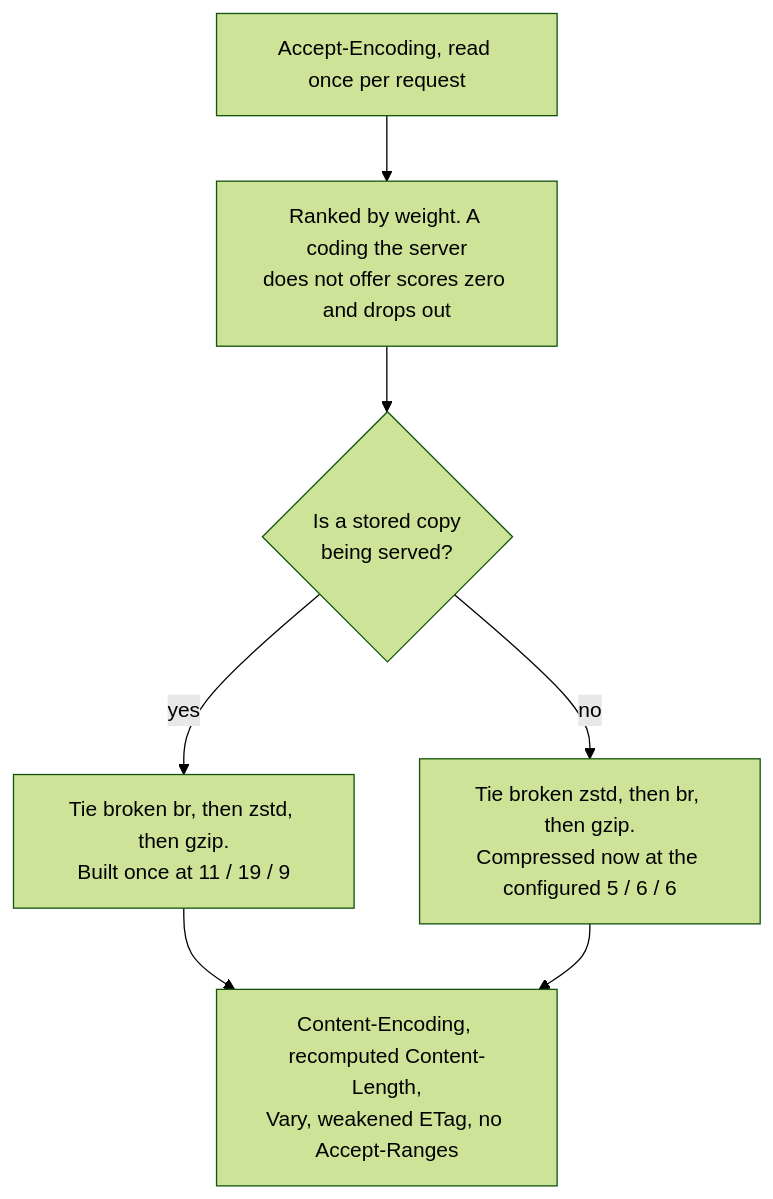
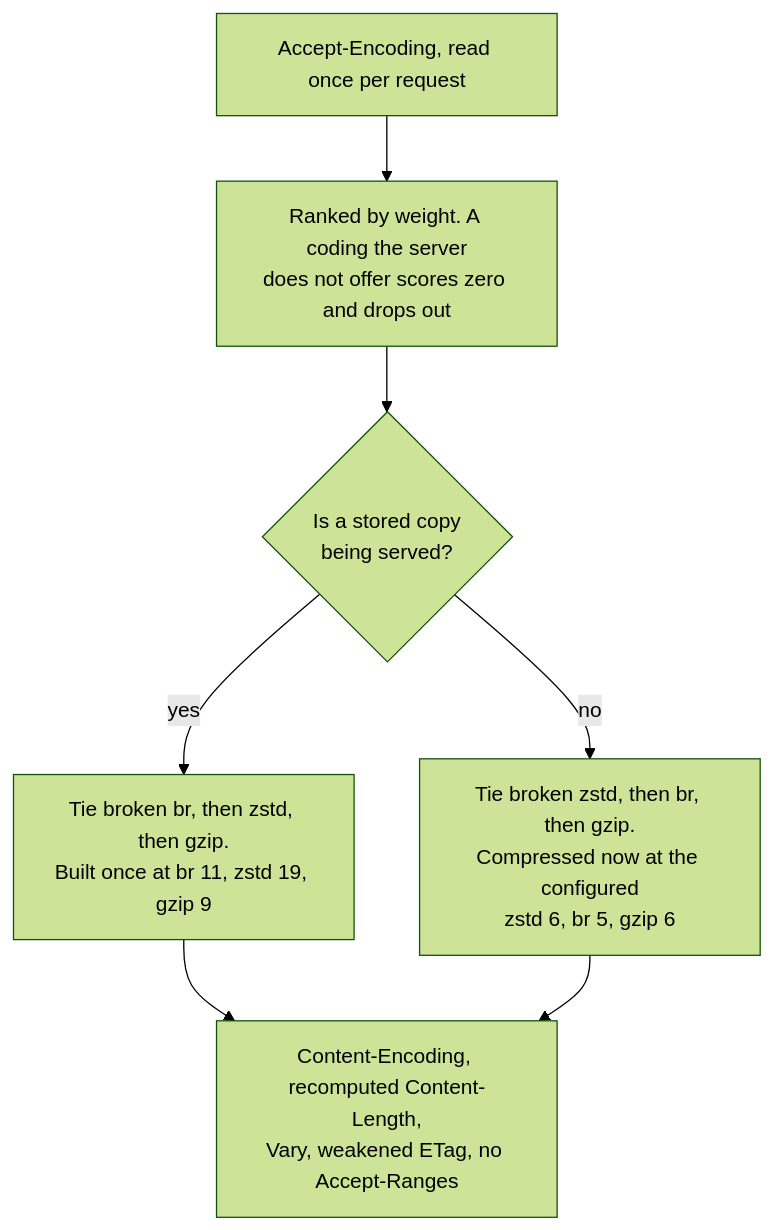
The first of 2 diagrams in docs/features/compression.md (oxphp/oxphp), drawn with Mermaid (forest theme) before and after one commit. The commit also changed other lines of this file and 7 other files, not shown here.

````diff
--- a/docs/features/compression.md
+++ b/docs/features/compression.md
@@ -28,15 +28,15 @@
 ```mermaid
 flowchart TD
     AE["Accept-Encoding, read once per request"]
     W["Ranked by weight. A coding the server<br/>does not offer scores zero and drops out"]
     Q{"Is a stored copy<br/>being served?"}
-    A["Tie broken br, then zstd, then gzip.<br/>Built once at 11 / 19 / 9"]
-    P["Tie broken zstd, then br, then gzip.<br/>Compressed now at the configured 5 / 6 / 6"]
+    A["Tie broken br, then zstd, then gzip.<br/>Built once at br 11, zstd 19, gzip 9"]
+    P["Tie broken zstd, then br, then gzip.<br/>Compressed now at the configured<br/>zstd 6, br 5, gzip 6"]
     H["Content-Encoding, recomputed Content-Length,<br/>Vary, weakened ETag, no Accept-Ranges"]
     AE --> W
     W --> Q
     Q -->|yes| A
     Q -->|no| P
     A --> H
     P --> H
 ```
````
